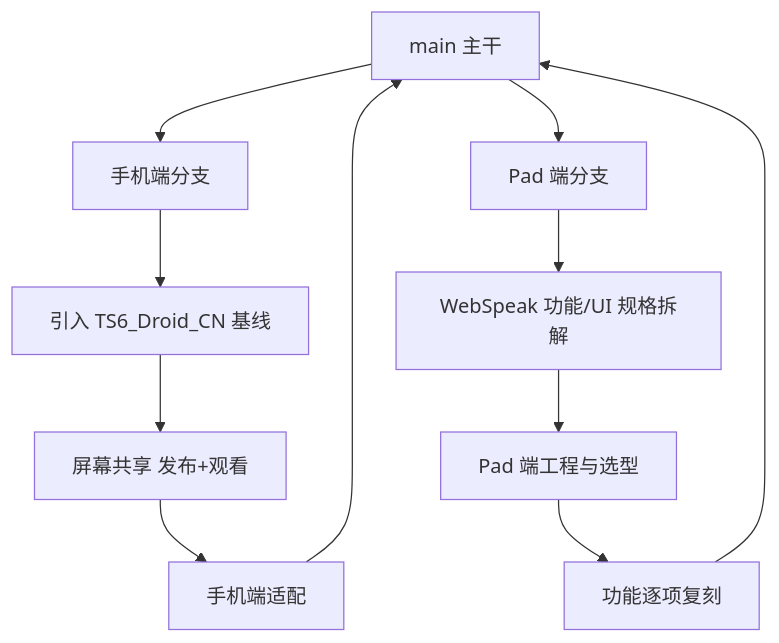
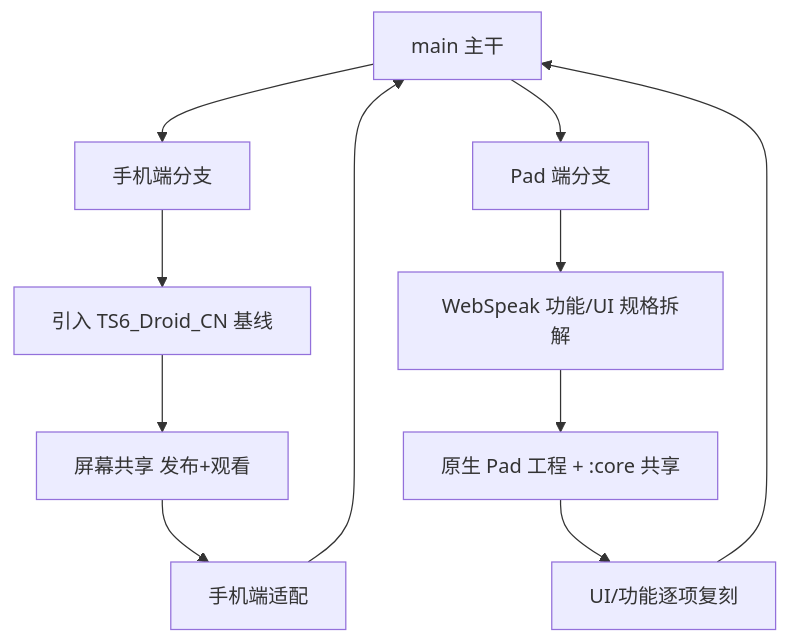
Before and after one commit to MoonCC233/TeamSpeak6-For-Android: the diagram in TASK.md, drawn with Mermaid. The commit also changed other lines of this file and 28 other files, not shown here.

````diff
--- a/TASK.md
+++ b/TASK.md
@@ -122,14 +125,14 @@
 ```mermaid
 flowchart TB
   main[main 主干]
   main --> A[手机端分支]
   main --> B[Pad 端分支]
   A --> A1[引入 TS6_Droid_CN 基线]
   A1 --> A2[屏幕共享 发布+观看]
   A2 --> A3[手机端适配]
   A3 --> main
   B --> B1[WebSpeak 功能/UI 规格拆解]
-  B1 --> B2[Pad 端工程与选型]
-  B2 --> B3[功能逐项复刻]
+  B1 --> B2[原生 Pad 工程 + :core 共享]
+  B2 --> B3[UI/功能逐项复刻]
   B3 --> main
 ```
````
